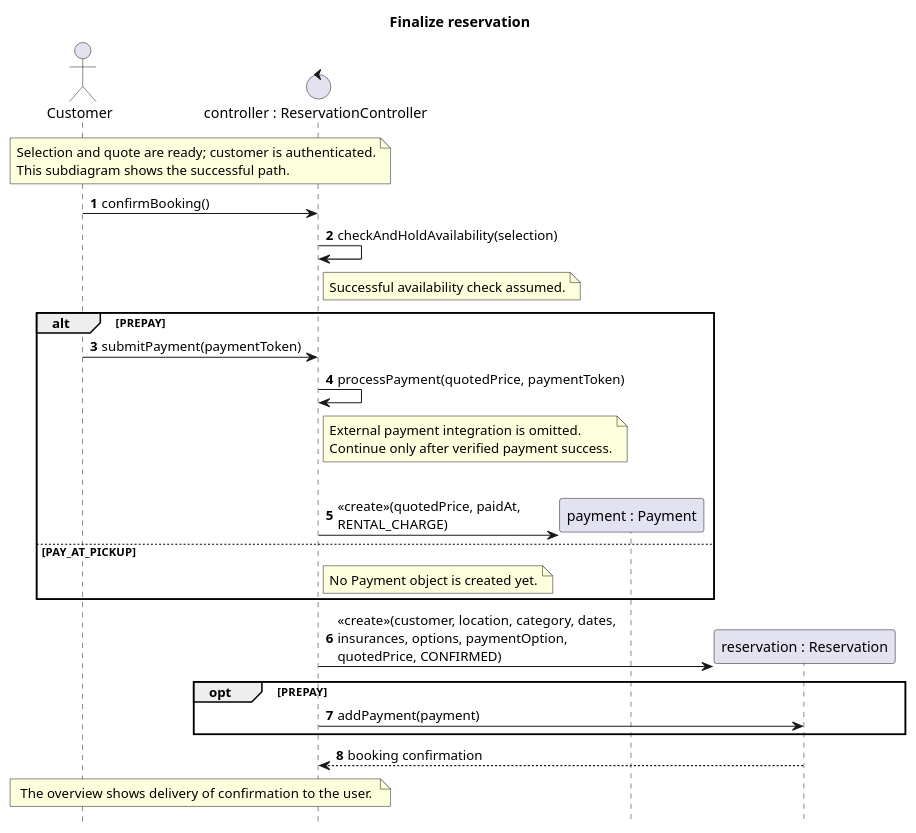
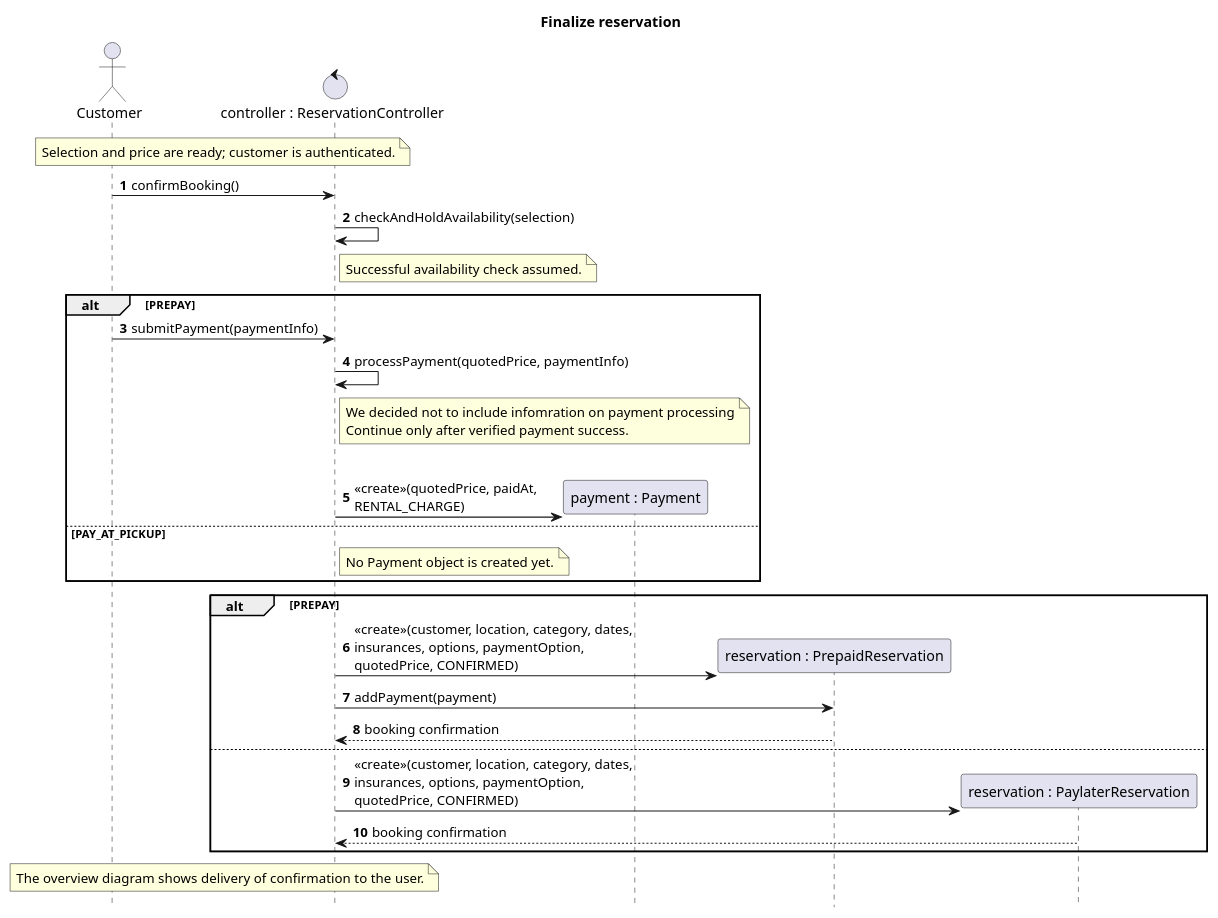
The diagram in digrams/sequence/reservation-finalize.pu (chill-cats/MIAGE-I2S-Software-Design), drawn with PlantUML before and after one commit. The commit also changed 3 other files, not shown here.

Commit message:
refine class diagram and correct small typing errors

```diff
--- a/digrams/sequence/reservation-finalize.pu
+++ b/digrams/sequence/reservation-finalize.pu
@@ -1,37 +1,40 @@
 @startuml
 ' Reservation subdiagram
 title Finalize reservation
 autonumber
 hide footbox
 actor Customer as User
 control "controller : ReservationController" as Controller
 note over User, Controller
-Selection and quote are ready; customer is authenticated.
-This subdiagram shows the successful path.
+Selection and price are ready; customer is authenticated.
 end note
 User -> Controller : confirmBooking()
 Controller -> Controller : checkAndHoldAvailability(selection)
 note right of Controller : Successful availability check assumed.
 alt PREPAY
-User -> Controller : submitPayment(paymentToken)
-Controller -> Controller : processPayment(quotedPrice, paymentToken)
+User -> Controller : submitPayment(paymentInfo)
+Controller -> Controller : processPayment(quotedPrice, paymentInfo)
 note right of Controller
-External payment integration is omitted.
+We decided not to include infomration on payment processing
 Continue only after verified payment success.
 end note
 create participant "payment : Payment" as Payment
 |||
 Controller -> Payment : <<create>>(quotedPrice, paidAt,\nRENTAL_CHARGE)
 else PAY_AT_PICKUP
 note right of Controller : No Payment object is created yet.
 end
-create participant "reservation : Reservation" as Reservation
-Controller -> Reservation : <<create>>(customer, location, category, dates,\ninsurances, options, paymentOption,\nquotedPrice, CONFIRMED)
-opt PREPAY
-Controller -> Reservation : addPayment(payment)
+alt PREPAY
+create participant "reservation : PrepaidReservation" as PrepaidReservation
+Controller -> PrepaidReservation : <<create>>(customer, location, category, dates,\ninsurances, options, paymentOption,\nquotedPrice, CONFIRMED)
+Controller -> PrepaidReservation : addPayment(payment)
+PrepaidReservation --> Controller : booking confirmation
+else
+create participant "reservation : PaylaterReservation" as PaylaterReservation
+Controller -> PaylaterReservation : <<create>>(customer, location, category, dates,\ninsurances, options, paymentOption,\nquotedPrice, CONFIRMED)
+PaylaterReservation --> Controller : booking confirmation
 end
-Reservation --> Controller : booking confirmation
 note over User, Controller
-The overview shows delivery of confirmation to the user.
+The overview diagram shows delivery of confirmation to the user.
 end note
 @enduml
```
